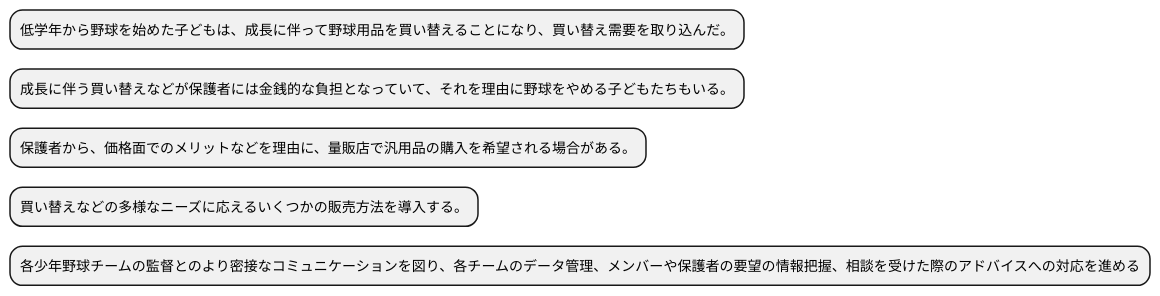
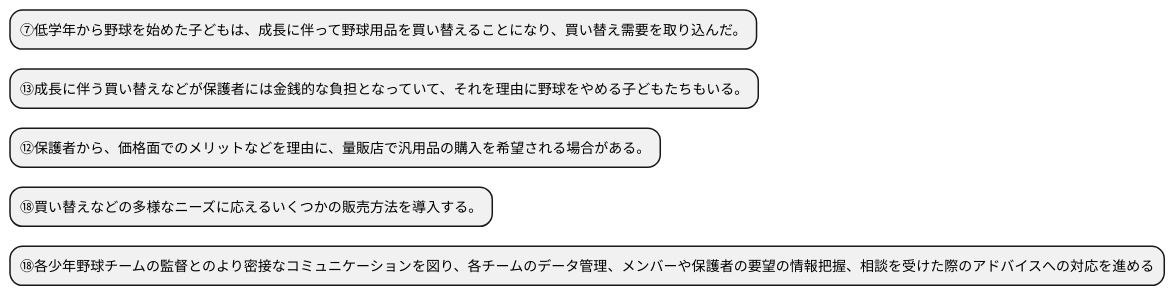
One commit to k2works/case-study-business-analysis changed the second of 10 diagrams in docs/case/study/R05/r05_case_2_study_2.adoc. Above: the diagram before and after it, drawn with PlantUML. The commit also changed other lines of this file, not shown here.

```diff
--- a/docs/case/study/R05/r05_case_2_study_2.adoc
+++ b/docs/case/study/R05/r05_case_2_study_2.adoc
@@ -112,12 +112,12 @@
 [plantuml]
 ----
 @startmindmap
 
-* 低学年から野球を始めた子どもは、成長に伴って野球用品を買い替えることになり、買い替え需要を取り込んだ。
-* 成長に伴う買い替えなどが保護者には金銭的な負担となっていて、それを理由に野球をやめる子どもたちもいる。
-* 保護者から、価格面でのメリットなどを理由に、量販店で汎用品の購入を希望される場合がある。
-* 買い替えなどの多様なニーズに応えるいくつかの販売方法を導入する。
-* 各少年野球チームの監督とのより密接なコミュニケーションを図り、各チームのデータ管理、メンバーや保護者の要望の情報把握、相談を受けた際のアドバイスへの対応を進める
+* ⑦低学年から野球を始めた子どもは、成長に伴って野球用品を買い替えることになり、買い替え需要を取り込んだ。
+* ⑬成長に伴う買い替えなどが保護者には金銭的な負担となっていて、それを理由に野球をやめる子どもたちもいる。
+* ⑫保護者から、価格面でのメリットなどを理由に、量販店で汎用品の購入を希望される場合がある。
+* ⑱買い替えなどの多様なニーズに応えるいくつかの販売方法を導入する。
+* ⑱各少年野球チームの監督とのより密接なコミュニケーションを図り、各チームのデータ管理、メンバーや保護者の要望の情報把握、相談を受けた際のアドバイスへの対応を進める
 
 @endmindmap
 ----
```
